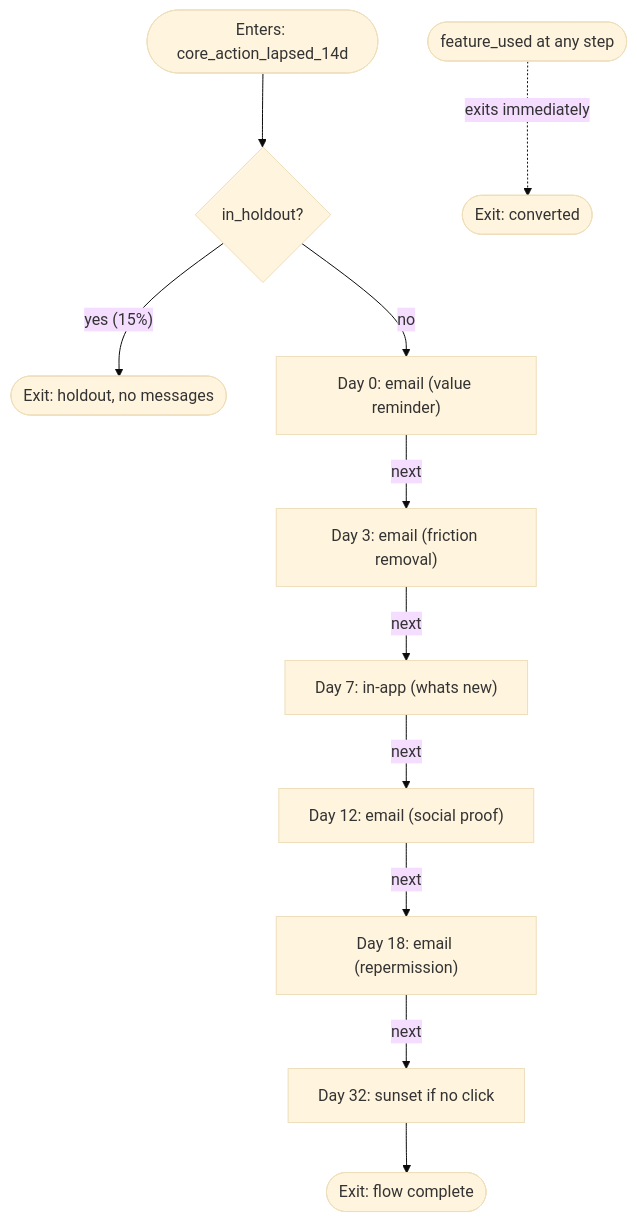
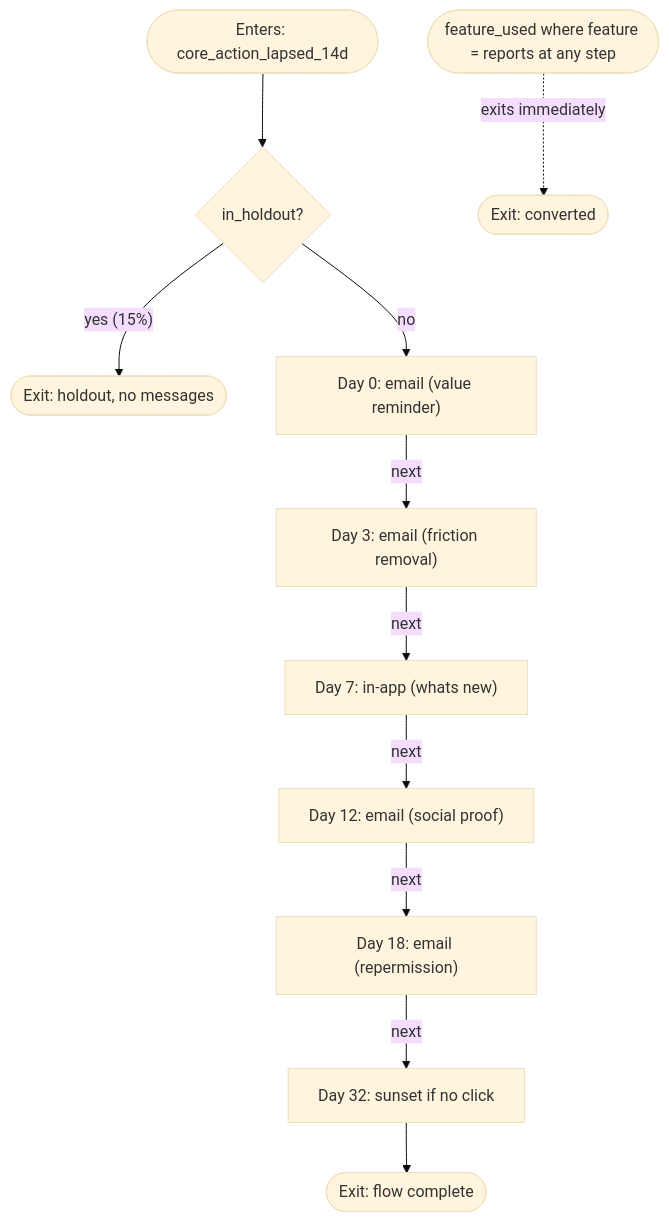
The diagram in examples/teammate/ridgeview_winback_14d/plan.md (kyle-olmstead/lifecycle-marketing-claude-engine), drawn with Mermaid (base theme) before and after one commit. The commit also changed other lines of this file and 48 other files, not shown here.

````diff
--- a/examples/teammate/ridgeview_winback_14d/plan.md
+++ b/examples/teammate/ridgeview_winback_14d/plan.md
@@ -44,13 +46,13 @@
 ```mermaid
 flowchart TD
   entry(["Enters: core_action_lapsed_14d"]) --> holdout_split{"in_holdout?"}
   holdout_split -- "yes (15%)" --> exit_holdout(["Exit: holdout, no messages"])
   holdout_split -- "no" --> t1_email["Day 0: email (value reminder)"]
   t1_email -- "next" --> t2_email["Day 3: email (friction removal)"]
   t2_email -- "next" --> t3_in_app["Day 7: in-app (whats new)"]
   t3_in_app -- "next" --> t4_email["Day 12: email (social proof)"]
   t4_email -- "next" --> t5_email["Day 18: email (repermission)"]
   t5_email -- "next" --> sunset["Day 32: sunset if no click"]
   sunset --> done(["Exit: flow complete"])
-  goal(["feature_used at any step"]) -.->|"exits immediately"| exit_goal(["Exit: converted"])
+  goal(["feature_used where feature = reports at any step"]) -.->|"exits immediately"| exit_goal(["Exit: converted"])
 ```
````
